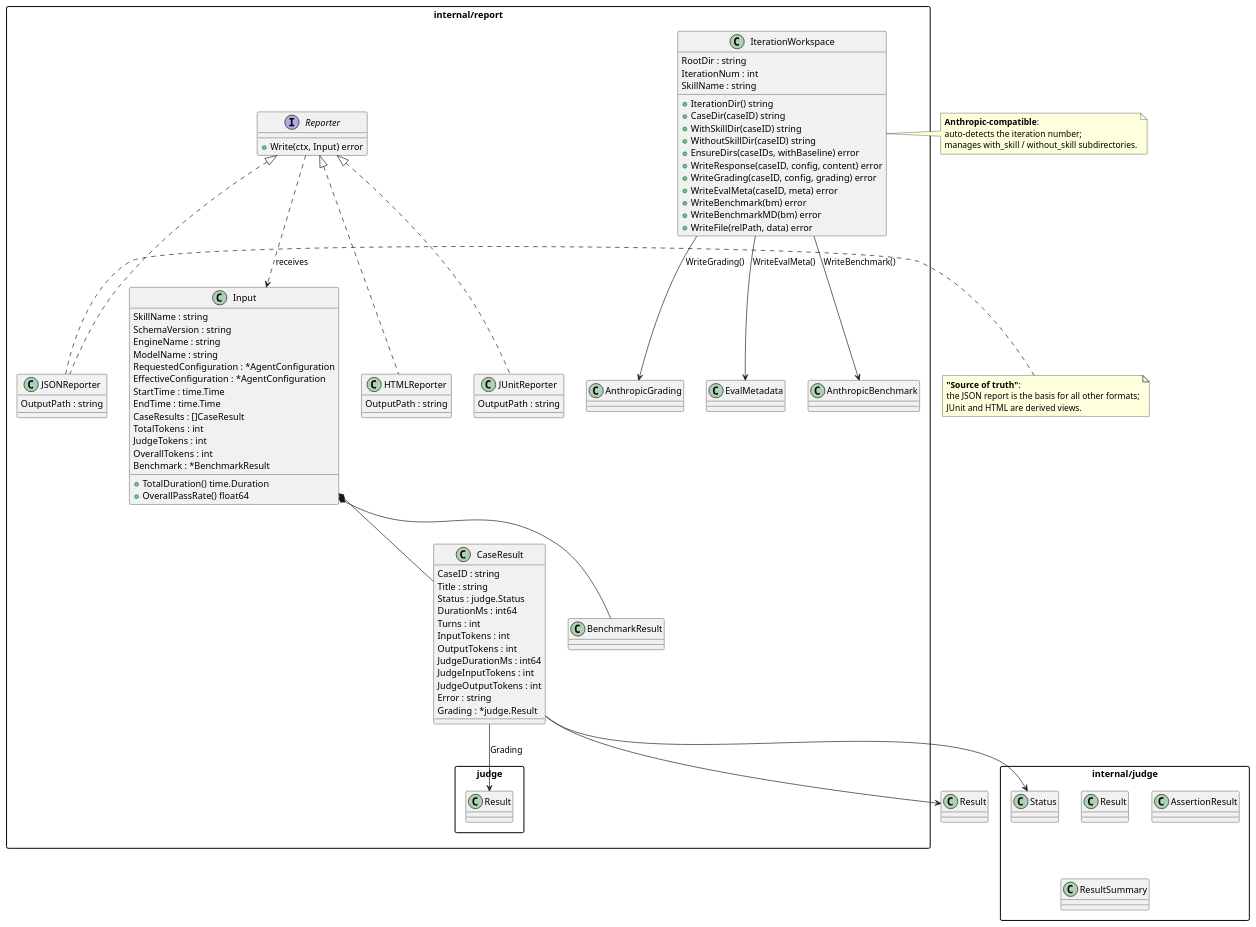
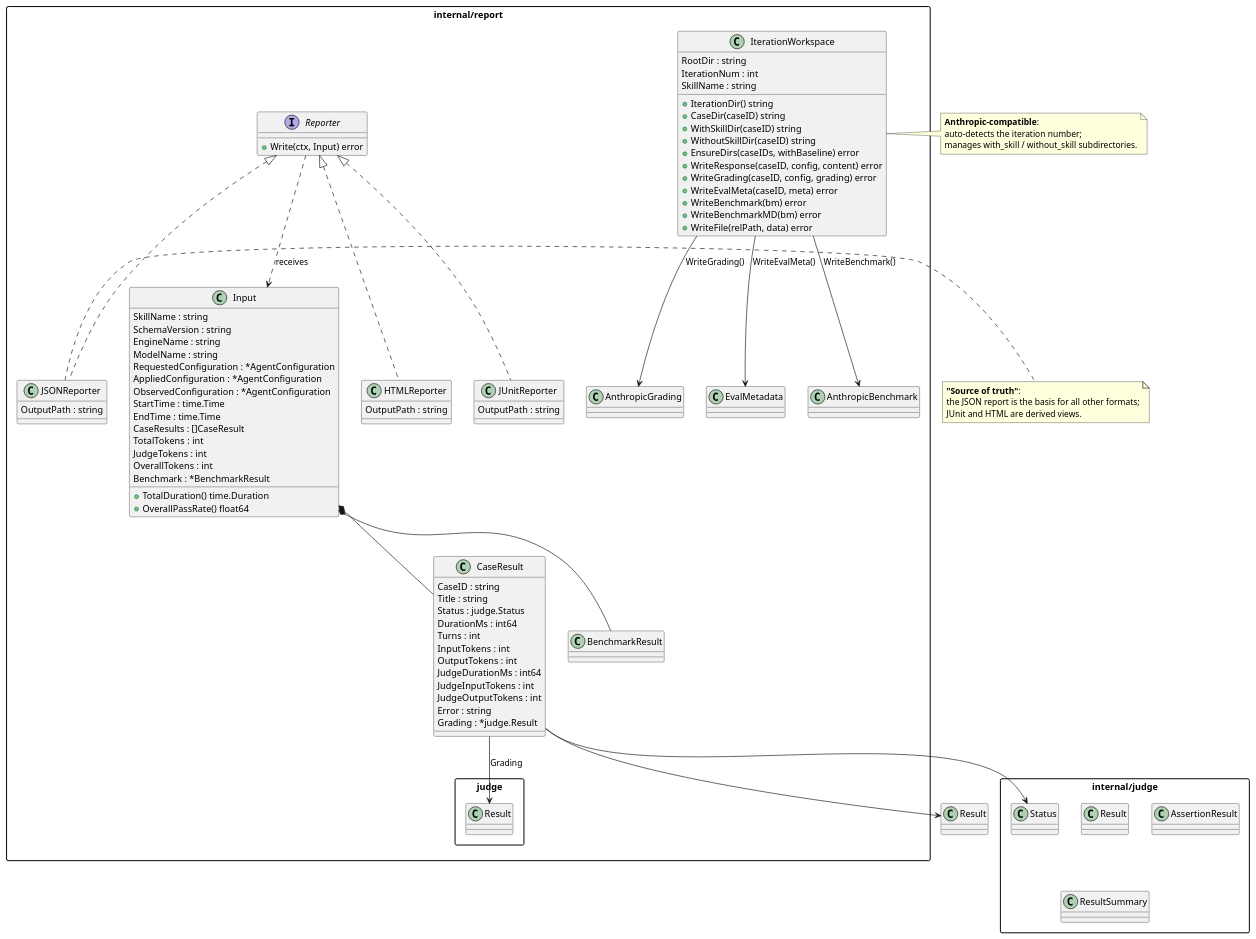
Before and after one commit to alibaba/skill-up: the diagram in internal/report/README.md, drawn with PlantUML. The commit also changed 31 other files, not shown here.

Commit message:
fix(agent): distinguish applied and observed config

```diff
--- a/internal/report/README.md
+++ b/internal/report/README.md
@@ -64,7 +64,8 @@
     EngineName : string
     ModelName : string
     RequestedConfiguration : *AgentConfiguration
-    EffectiveConfiguration : *AgentConfiguration
+    AppliedConfiguration : *AgentConfiguration
+    ObservedConfiguration : *AgentConfiguration
     StartTime : time.Time
     EndTime : time.Time
     CaseResults : []CaseResult
```
